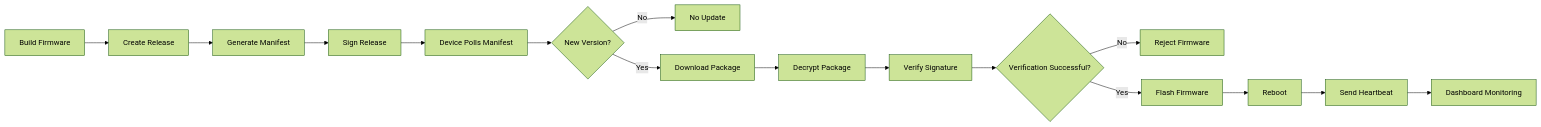
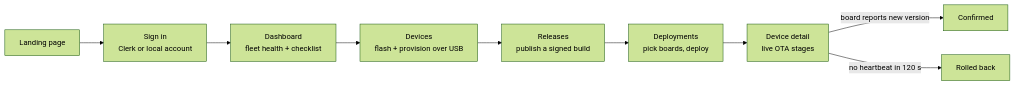
Before and after one commit to Rithik-sharma12/Secure_OTA_Update_Security_Mechanism: the first of 3 diagrams in README.md, drawn with Mermaid (forest theme). The commit also changed other lines of this file and 415 other files, not shown here.

````diff
--- a/README.md
+++ b/README.md
@@ -277,33 +62,11 @@
 ```mermaid
 flowchart LR
-
-    A[Build Firmware] --> B[Create Release]
-
-    B --> C[Generate Manifest]
-
-    C --> D[Sign Release]
-
-    D --> E[Device Polls Manifest]
-
-    E --> F{New Version?}
-
-    F -- No --> G[No Update]
-
-    F -- Yes --> H[Download Package]
-
-    H --> I[Decrypt Package]
-
-    I --> J[Verify Signature]
-
-    J --> K{Verification Successful?}
-
-    K -- No --> L[Reject Firmware]
-
-    K -- Yes --> M[Flash Firmware]
-
-    M --> N[Reboot]
-
-    N --> O[Send Heartbeat]
-
-    O --> P[Dashboard Monitoring]
+    A[Landing page] --> B[Sign in<br/>Clerk or local account]
+    B --> C[Dashboard<br/>fleet health + checklist]
+    C --> D[Devices<br/>flash + provision over USB]
+    D --> E[Releases<br/>publish a signed build]
+    E --> F[Deployments<br/>pick boards, deploy]
+    F --> G[Device detail<br/>live OTA stages]
+    G -->|board reports new version| H[Confirmed]
+    G -->|no heartbeat in 120 s| I[Rolled back]
 ```
````
